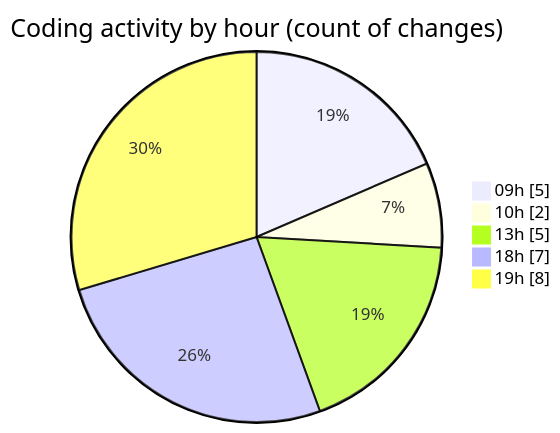
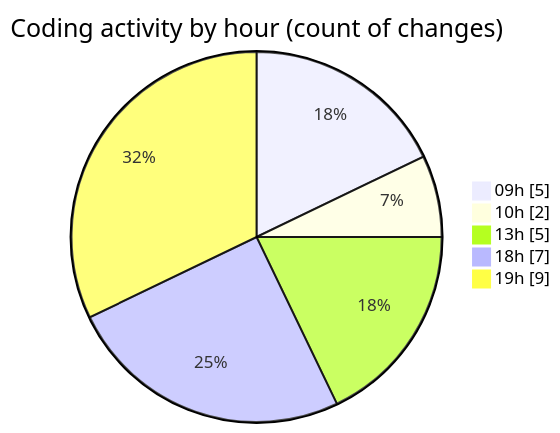
The second of 2 diagrams in 2025-08-10/fish/README.md (EIIisD/code-tracking), drawn with Mermaid before and after one commit. The commit also changed other lines of this file and 1 other file, not shown here.

````diff
--- a/2025-08-10/fish/README.md
+++ b/2025-08-10/fish/README.md
@@ -31,9 +31,9 @@
 ```mermaid
 pie showData
 title Coding activity by hour (count of changes)
 "09h" : 5
 "10h" : 2
 "13h" : 5
 "18h" : 7
-"19h" : 8
+"19h" : 9
 ```
````
